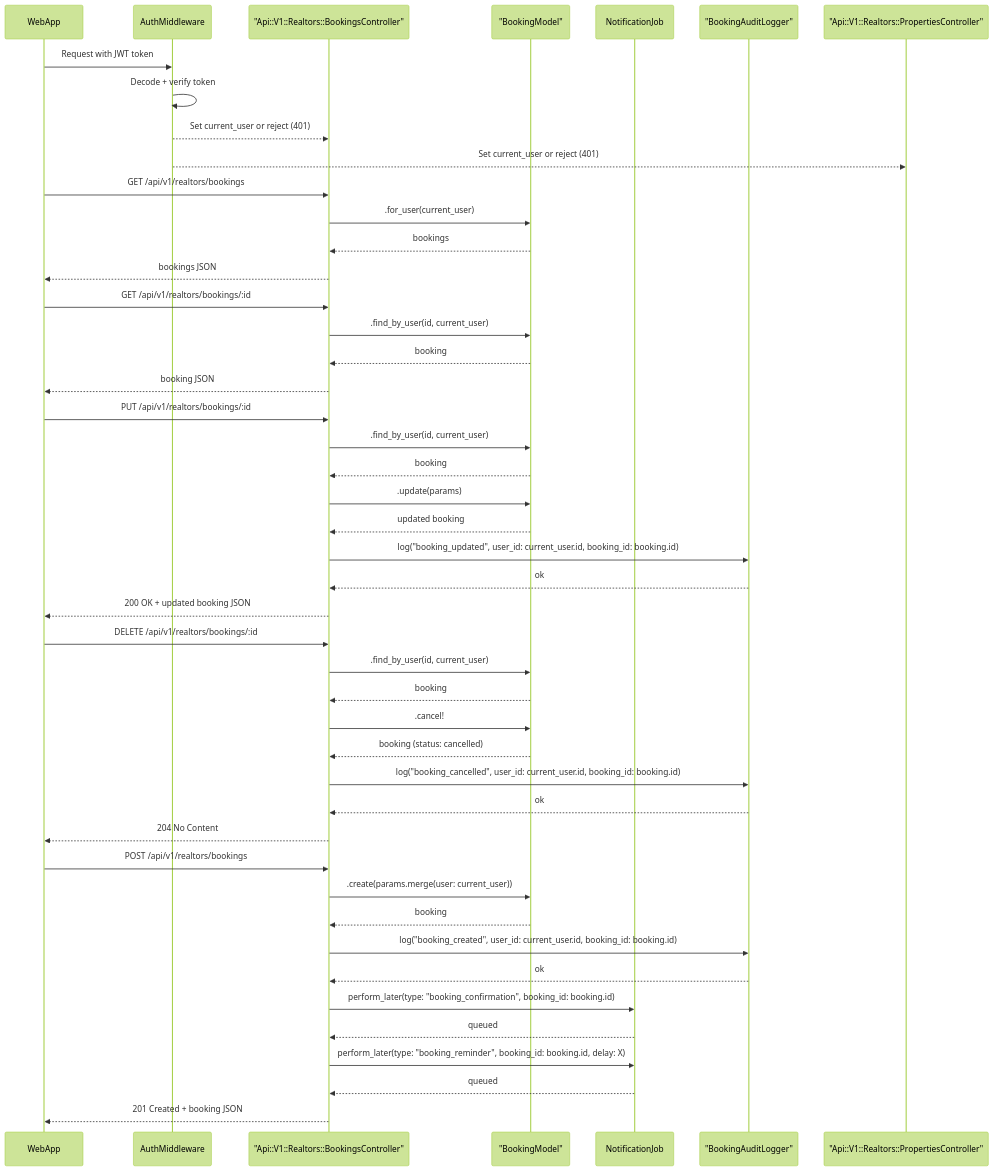
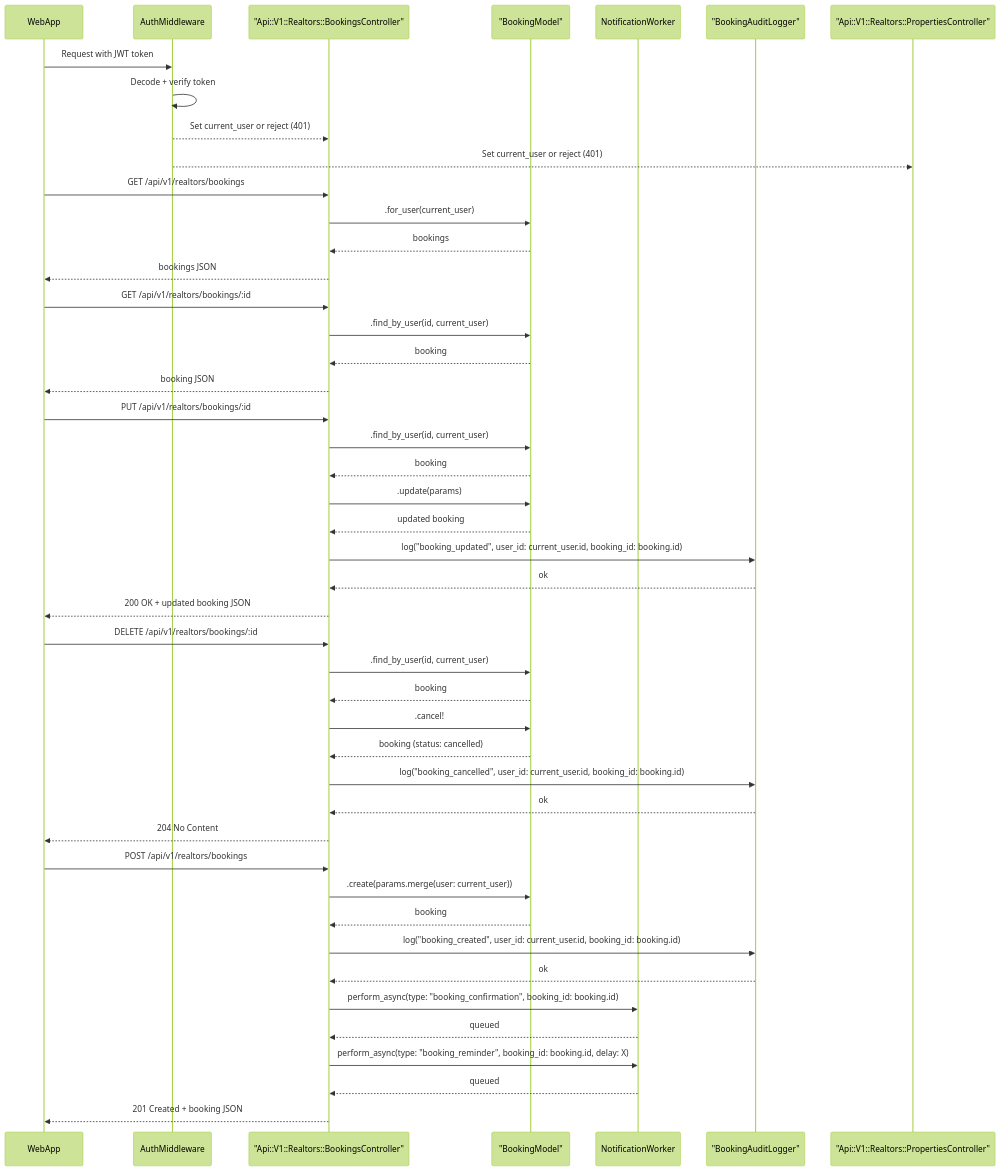
Before and after one commit to Video-API-architecture/architecture-proposal: the diagram in diagrams/realtors/booking.mermaid, drawn with Mermaid (forest theme). The commit also changed 15 other files, not shown here.

```diff
--- a/diagrams/realtors/booking.mermaid
+++ b/diagrams/realtors/booking.mermaid
@@ -1,58 +1,58 @@
 sequenceDiagram
     participant WebApp
     participant Auth as AuthMiddleware
     participant RBC as "Api::V1::Realtors::BookingsController"
     participant BM as "BookingModel"
-    participant NotificationJob
+    participant NotificationWorker
     participant Logger as "BookingAuditLogger"
     participant RPC as "Api::V1::Realtors::PropertiesController"
 
     %% Auth
     WebApp->>Auth: Request with JWT token
     Auth->>Auth: Decode + verify token
     Auth-->>RBC: Set current_user or reject (401)
     Auth-->>RPC: Set current_user or reject (401)
 
     %% List bookings (read-only, not logged)
     WebApp->>RBC: GET /api/v1/realtors/bookings
     RBC->>BM: .for_user(current_user)
     BM-->>RBC: bookings
     RBC-->>WebApp: bookings JSON
 
     %% Get booking (read-only, not logged)
     WebApp->>RBC: GET /api/v1/realtors/bookings/:id
     RBC->>BM: .find_by_user(id, current_user)
     BM-->>RBC: booking
     RBC-->>WebApp: booking JSON
 
     %% Update booking
     WebApp->>RBC: PUT /api/v1/realtors/bookings/:id
     RBC->>BM: .find_by_user(id, current_user)
     BM-->>RBC: booking
     RBC->>BM: .update(params)
     BM-->>RBC: updated booking
     RBC->>Logger: log("booking_updated", user_id: current_user.id, booking_id: booking.id)
     Logger-->>RBC: ok
     RBC-->>WebApp: 200 OK + updated booking JSON
 
     %% Cancel booking
     WebApp->>RBC: DELETE /api/v1/realtors/bookings/:id
     RBC->>BM: .find_by_user(id, current_user)
     BM-->>RBC: booking
     RBC->>BM: .cancel!
     BM-->>RBC: booking (status: cancelled)
     RBC->>Logger: log("booking_cancelled", user_id: current_user.id, booking_id: booking.id)
     Logger-->>RBC: ok
     RBC-->>WebApp: 204 No Content
 
     %% Create booking
     WebApp->>RBC: POST /api/v1/realtors/bookings
     RBC->>BM: .create(params.merge(user: current_user))
     BM-->>RBC: booking
     RBC->>Logger: log("booking_created", user_id: current_user.id, booking_id: booking.id)
     Logger-->>RBC: ok
-    RBC->>NotificationJob: perform_later(type: "booking_confirmation", booking_id: booking.id)
-    NotificationJob-->>RBC: queued
-    RBC->>NotificationJob: perform_later(type: "booking_reminder", booking_id: booking.id, delay: X)
-    NotificationJob-->>RBC: queued
+    RBC->>NotificationWorker: perform_async(type: "booking_confirmation", booking_id: booking.id)
+    NotificationWorker-->>RBC: queued
+    RBC->>NotificationWorker: perform_async(type: "booking_reminder", booking_id: booking.id, delay: X)
+    NotificationWorker-->>RBC: queued
     RBC-->>WebApp: 201 Created + booking JSON
```
